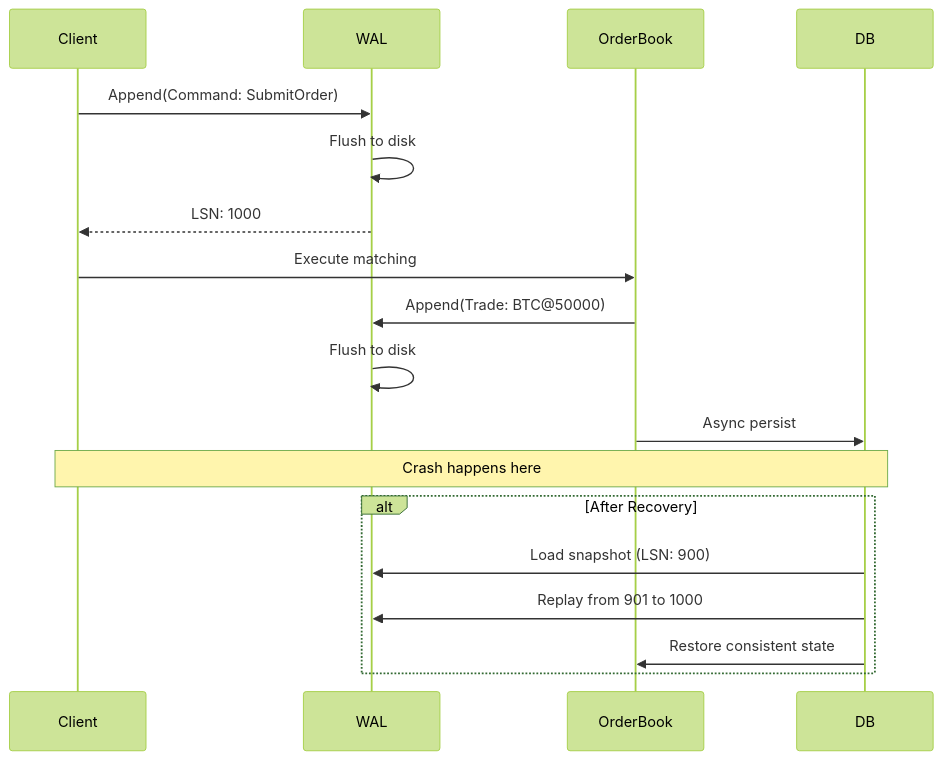
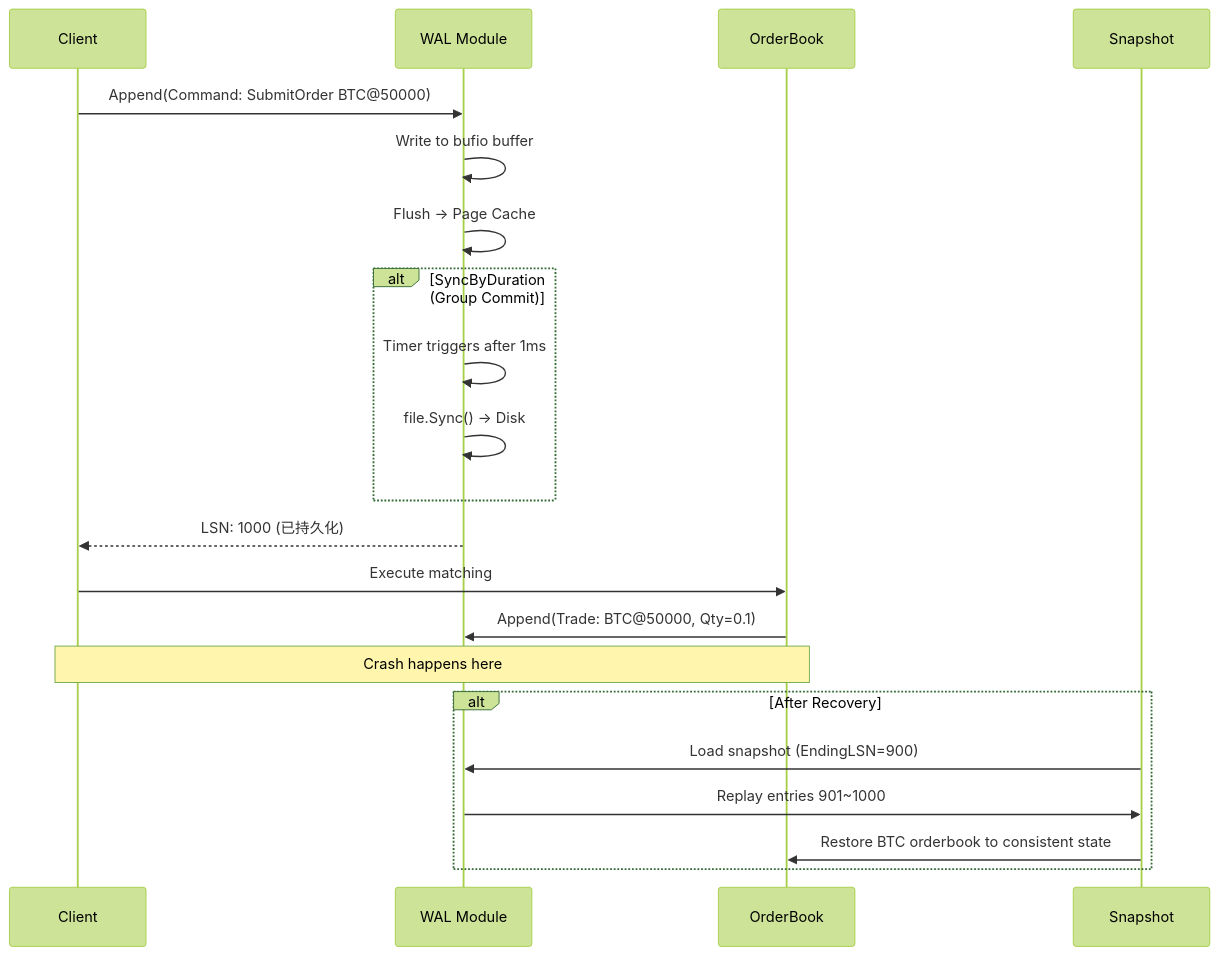
One commit to Lin-xun1113/exchange-project changed the first of 4 diagrams in docs/interview/03-wal-snapshot-recovery.md. Above: the diagram before and after it, drawn with Mermaid (forest theme). The commit also changed other lines of this file and 19 other files, not shown here.

Commit message:
fix some problem about wal snapshot

````diff
--- a/docs/interview/03-wal-snapshot-recovery.md
+++ b/docs/interview/03-wal-snapshot-recovery.md
@@ -9,23 +13,27 @@
 ```mermaid
 sequenceDiagram
-    participant Client
-    participant WAL
-    participant OrderBook
-    participant DB
-    
-    Client->>WAL: Append(Command: SubmitOrder)
-    WAL->>WAL: Flush to disk
-    WAL-->>Client: LSN: 1000
-    Client->>OrderBook: Execute matching
-    OrderBook->>WAL: Append(Trade: BTC@50000)
-    WAL->>WAL: Flush to disk
-    OrderBook->>DB: Async persist
-    
-    Note over Client,DB: Crash happens here
-    
+    participant C as Client
+    participant WAL as WAL Module
+    participant OB as OrderBook
+    participant Snap as Snapshot
+
+    C->>WAL: Append(Command: SubmitOrder BTC@50000)
+    WAL->>WAL: Write to bufio buffer
+    WAL->>WAL: Flush → Page Cache
+    alt SyncByDuration (Group Commit)
+        WAL->>WAL: Timer triggers after 1ms
+        WAL->>WAL: file.Sync() → Disk
+    end
+    WAL-->>C: LSN: 1000 (已持久化)
+
+    C->>OB: Execute matching
+    OB->>WAL: Append(Trade: BTC@50000, Qty=0.1)
+
+    Note over C,OB: Crash happens here
+
     alt After Recovery
-        DB->>WAL: Load snapshot (LSN: 900)
-        DB->>WAL: Replay from 901 to 1000
-        DB->>OrderBook: Restore consistent state
+        Snap->>WAL: Load snapshot (EndingLSN=900)
+        WAL->>Snap: Replay entries 901~1000
+        Snap->>OB: Restore BTC orderbook to consistent state
     end
 ```
````
